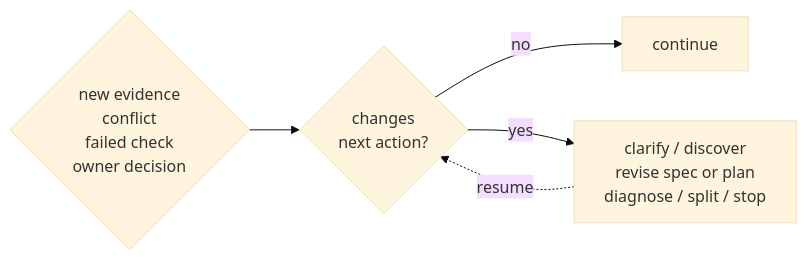
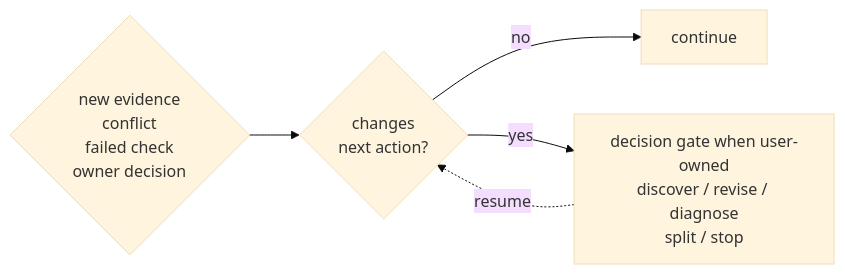
One commit to hassan-mohiddin/freeflow changed the second of 2 diagrams in plugin-docs/workflow.md. Above: the diagram before and after it, drawn with Mermaid (base theme). The commit also changed other lines of this file and 89 other files, not shown here.

````diff
--- a/plugin-docs/workflow.md
+++ b/plugin-docs/workflow.md
@@ -50,12 +67,12 @@
 ```mermaid
 flowchart LR
   Trigger{new evidence<br/>conflict<br/>failed check<br/>owner decision}
   Decide{changes<br/>next action?}
   Continue[continue]
-  Reenter[clarify / discover<br/>revise spec or plan<br/>diagnose / split / stop]
+  Reenter[decision gate when user-owned<br/>discover / revise / diagnose<br/>split / stop]
 
   Trigger --> Decide
   Decide -->|no| Continue
   Decide -->|yes| Reenter
   Reenter -. resume .-> Decide
 ```
````
